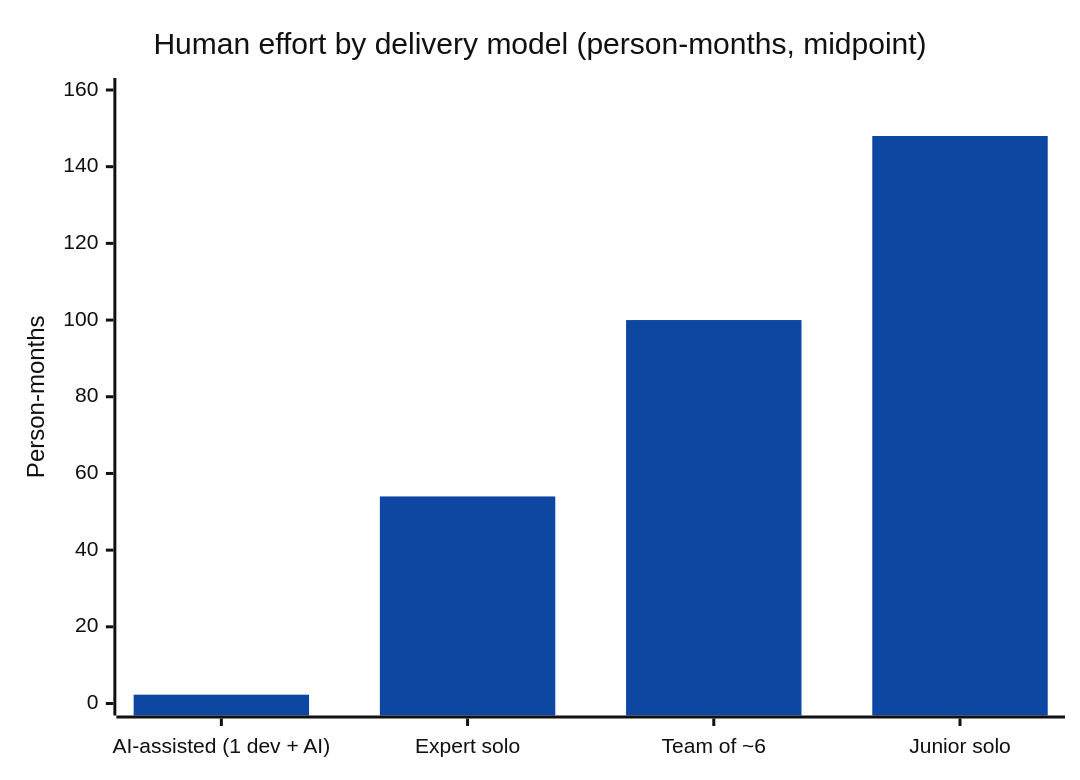
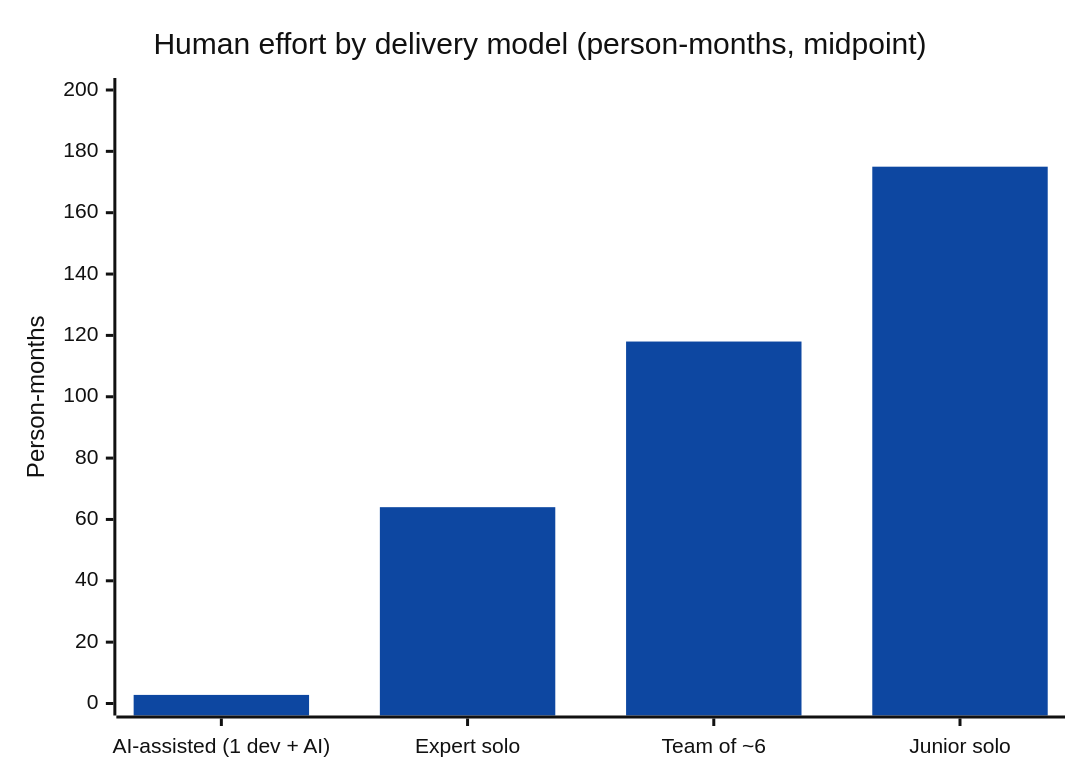
Before and after one commit to alexanderlarsdallmann/jichi: the sixth of 7 diagrams in docs/PROJECT_TIMELINE.md, drawn with Mermaid. The commit also changed other lines of this file and 71 other files, not shown here.

````diff
--- a/docs/PROJECT_TIMELINE.md
+++ b/docs/PROJECT_TIMELINE.md
@@ -677,8 +885,8 @@
 ```mermaid
 %%{init: {'themeVariables':{'xyChart':{'backgroundColor':'#ffffff','plotColorPalette':'#0d47a1','titleColor':'#111111','xAxisLabelColor':'#111111','xAxisTitleColor':'#111111','xAxisLineColor':'#111111','xAxisTickColor':'#111111','yAxisLabelColor':'#111111','yAxisTitleColor':'#111111','yAxisLineColor':'#111111','yAxisTickColor':'#111111'}}}}%%
 xychart-beta
     title "Human effort by delivery model (person-months, midpoint)"
     x-axis ["AI-assisted (1 dev + AI)", "Expert solo", "Team of ~6", "Junior solo"]
-    y-axis "Person-months" 0 --> 160
-    bar [2.3, 54, 100, 148]
+    y-axis "Person-months" 0 --> 200
+    bar [2.8, 64, 118, 175]
 ```
````
